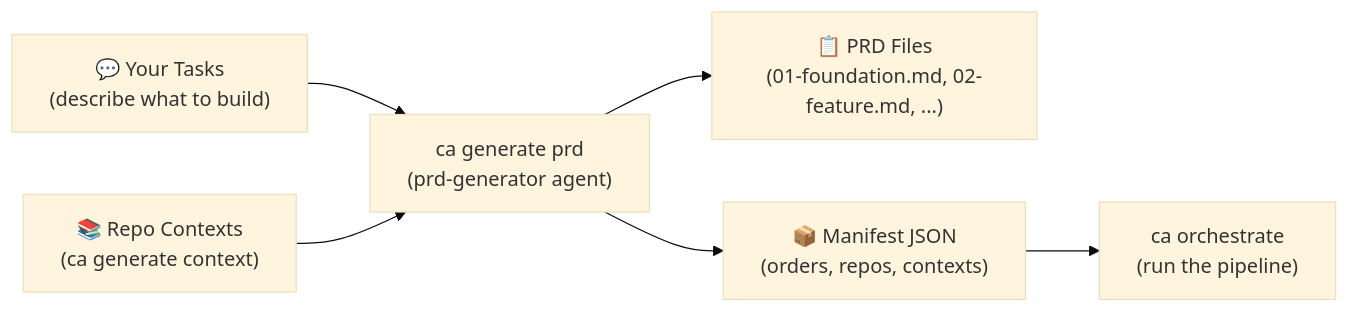
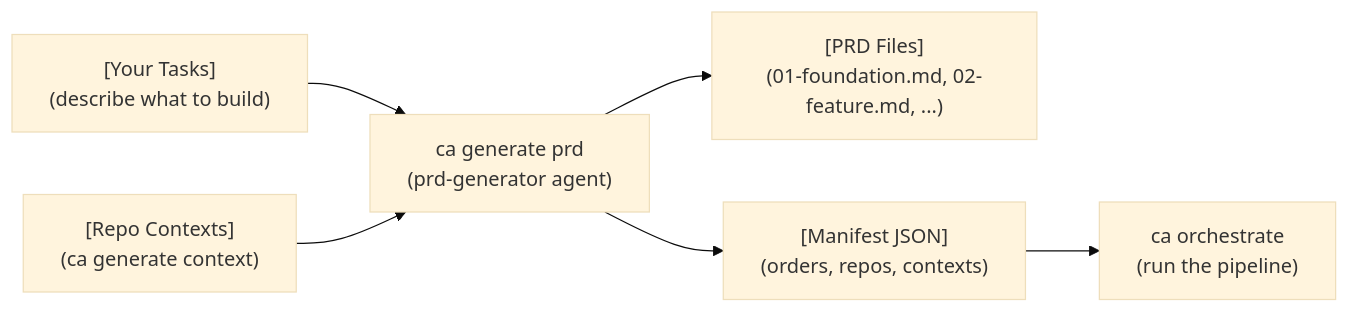
Before and after one commit to delehner/wisp: the second of 8 diagrams in docs/pipeline-overview.md, drawn with Mermaid (base theme). The commit also changed other lines of this file and 53 other files, not shown here.

````diff
--- a/docs/pipeline-overview.md
+++ b/docs/pipeline-overview.md
@@ -51,10 +53,10 @@
 ```mermaid
 flowchart LR
-    Input["💬 Your Tasks\n(describe what to build)"]
-    Ctx["📚 Repo Contexts\n(ca generate context)"]
+    Input["[Your Tasks]\n(describe what to build)"]
+    Ctx["[Repo Contexts]\n(ca generate context)"]
     Input --> Gen["ca generate prd\n(prd-generator agent)"]
     Ctx --> Gen
-    Gen --> PRDs["📋 PRD Files\n(01-foundation.md, 02-feature.md, ...)"]
-    Gen --> Manifest["📦 Manifest JSON\n(orders, repos, contexts)"]
+    Gen --> PRDs["[PRD Files]\n(01-foundation.md, 02-feature.md, ...)"]
+    Gen --> Manifest["[Manifest JSON]\n(orders, repos, contexts)"]
     Manifest --> Orch["ca orchestrate\n(run the pipeline)"]
 ```
````
